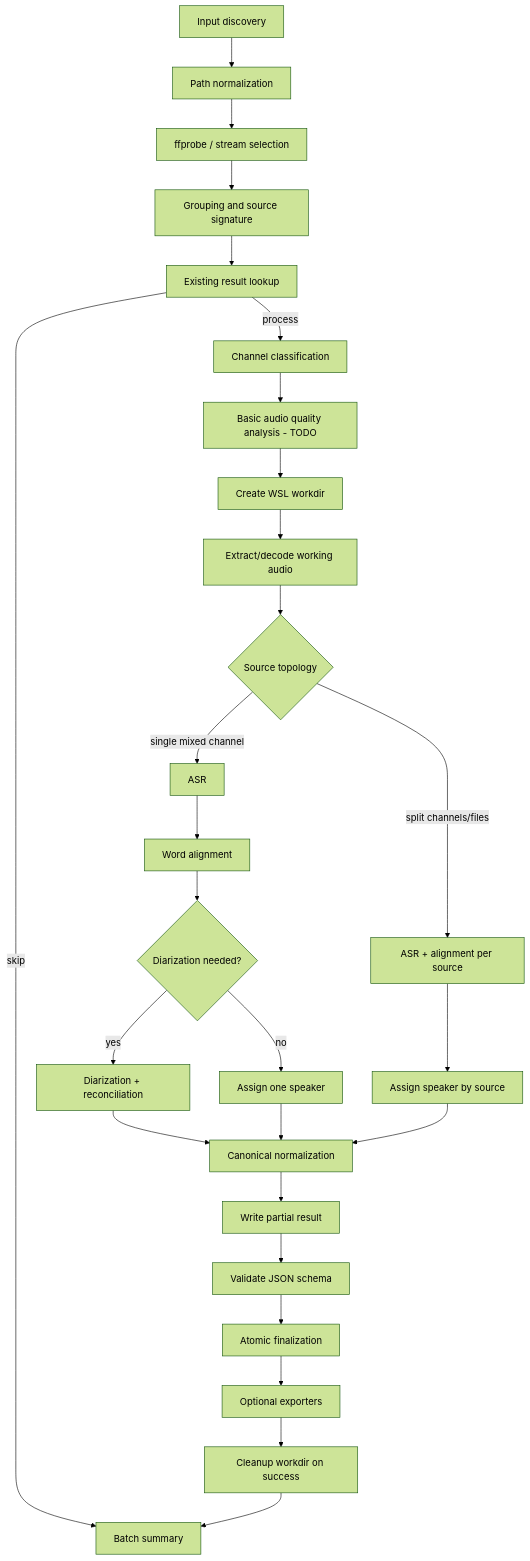
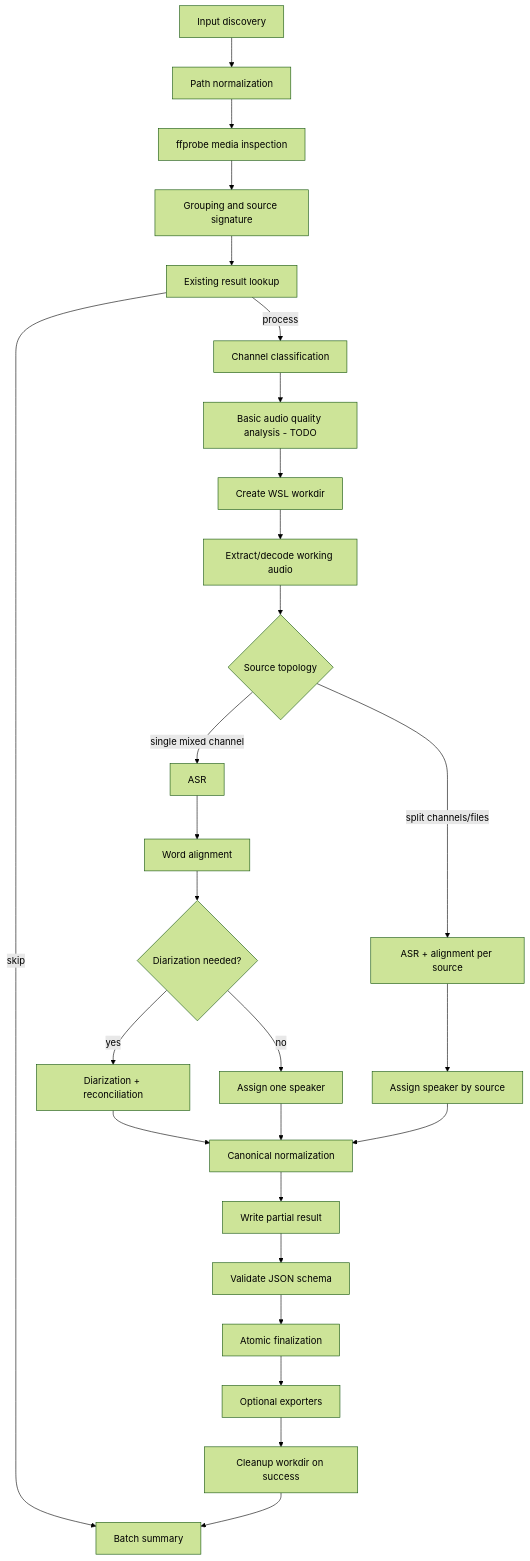
Before and after one commit to Polikles/ewp-TTS-Whisper: the diagram in docs/03-architecture.md, drawn with Mermaid (forest theme). The commit also changed other lines of this file and 16 other files, not shown here.

````diff
--- a/docs/03-architecture.md
+++ b/docs/03-architecture.md
@@ -9,29 +9,29 @@
 ```mermaid
 flowchart TD
     A[Input discovery] --> B[Path normalization]
-    B --> C[ffprobe / stream selection]
+    B --> C[ffprobe media inspection]
     C --> D[Grouping and source signature]
     D --> E[Existing result lookup]
     E -->|skip| Z[Batch summary]
     E -->|process| F[Channel classification]
     F --> G[Basic audio quality analysis - TODO]
     G --> H[Create WSL workdir]
     H --> I[Extract/decode working audio]
     I --> J{Source topology}
     J -->|single mixed channel| K[ASR]
     K --> L[Word alignment]
     L --> M{Diarization needed?}
     M -->|yes| N[Diarization + reconciliation]
     M -->|no| O[Assign one speaker]
     J -->|split channels/files| P[ASR + alignment per source]
     P --> Q[Assign speaker by source]
     N --> R[Canonical normalization]
     O --> R
     Q --> R
     R --> S[Write partial result]
     S --> T[Validate JSON schema]
     T --> U[Atomic finalization]
     U --> V[Optional exporters]
     V --> W[Cleanup workdir on success]
     W --> Z
 ```
````
